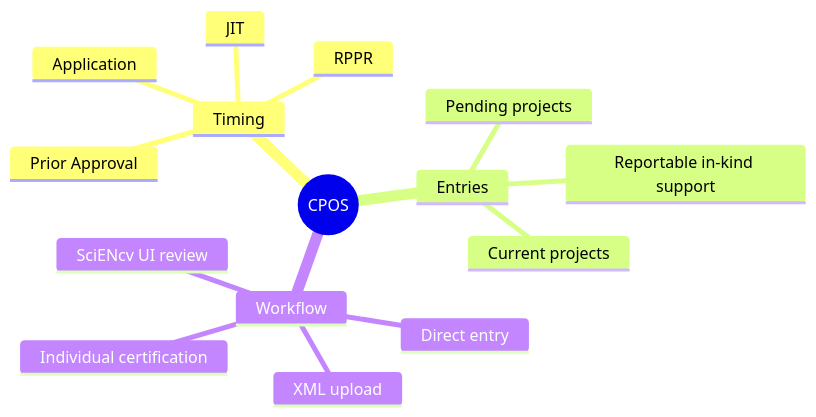
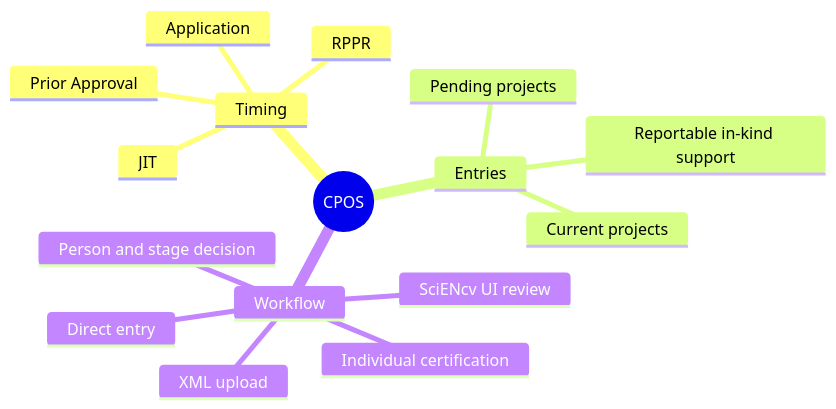
One commit to FritscheLab/nih-sciencv-playbook changed the diagram in docs/other-support.md. Above: the diagram before and after it, drawn with Mermaid. The commit also changed other lines of this file and 48 other files, not shown here.

````diff
--- a/docs/other-support.md
+++ b/docs/other-support.md
@@ -11,18 +11,19 @@
 ```mermaid
 mindmap
   root((CPOS))
     Timing
       Application
       JIT
       RPPR
       Prior Approval
     Entries
       Current projects
       Pending projects
       Reportable in-kind support
     Workflow
+      Person and stage decision
       Direct entry
       XML upload
       SciENcv UI review
       Individual certification
 ```
````
